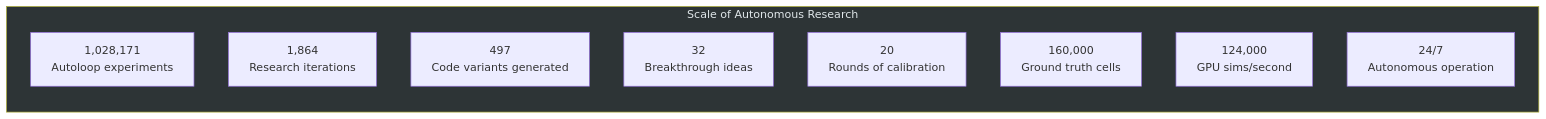
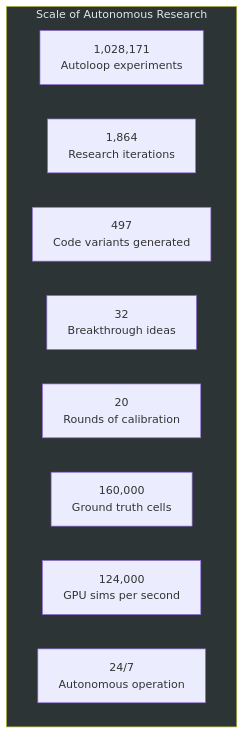
The tenth of 11 diagrams in dagthomas/astar-island-solution/AUTO_RESEARCH.md (dagthomas/Synthetic_Synapses_NMIAI), drawn with Mermaid before and after one commit. The commit also changed other lines of this file and 2 other files, not shown here.

````diff
--- a/dagthomas/astar-island-solution/AUTO_RESEARCH.md
+++ b/dagthomas/astar-island-solution/AUTO_RESEARCH.md
@@ -310,16 +344,15 @@
 ```mermaid
-graph LR
+flowchart TB
     subgraph Scale["Scale of Autonomous Research"]
-        direction TB
         N1["1,028,171<br/>Autoloop experiments"]
         N2["1,864<br/>Research iterations"]
         N3["497<br/>Code variants generated"]
         N4["32<br/>Breakthrough ideas"]
         N5["20<br/>Rounds of calibration"]
         N6["160,000<br/>Ground truth cells"]
-        N7["124,000<br/>GPU sims/second"]
+        N7["124,000<br/>GPU sims per second"]
         N8["24/7<br/>Autonomous operation"]
     end
 
     style Scale fill:#2d3436,color:#dfe6e9
 ```
````
